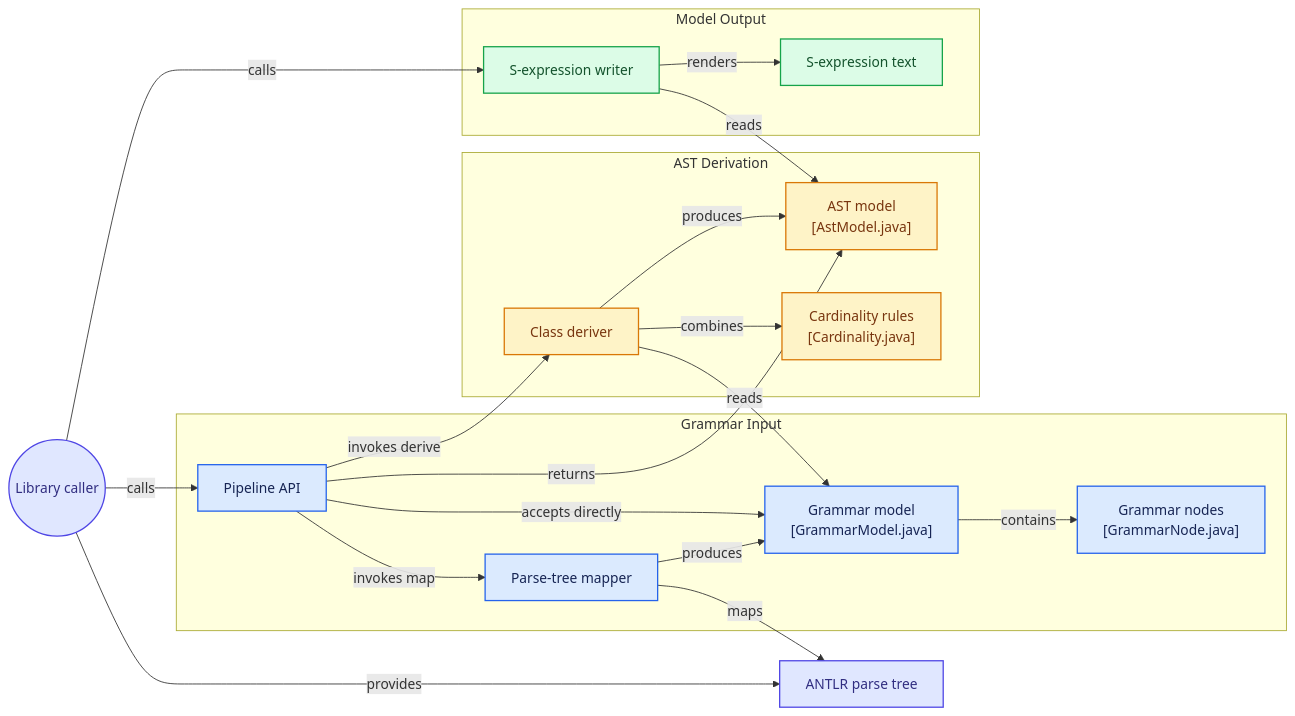
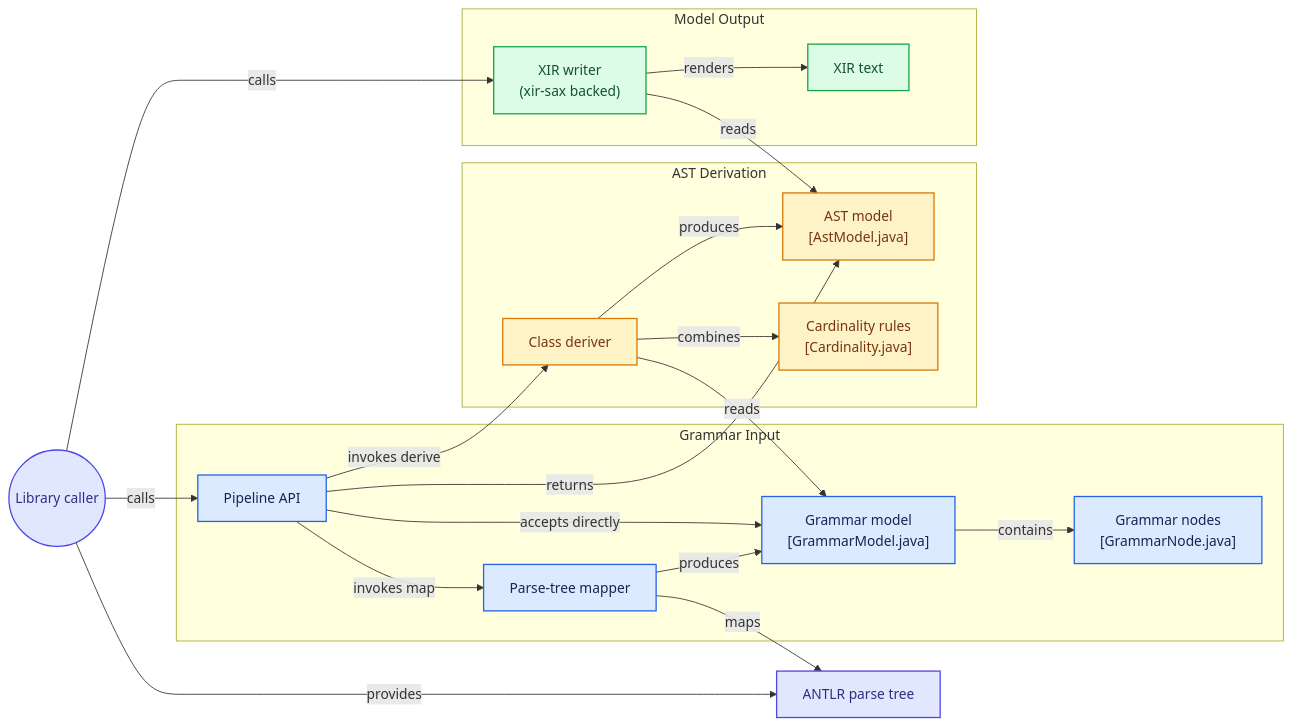
The diagram in ARCHITECTURE.md (jurgenei/xir-g4), drawn with Mermaid before and after one commit. The commit also changed 6 other files, not shown here.

Commit message:
rename sexpr to xir, make use of generic XirSerializer

````diff
--- a/ARCHITECTURE.md
+++ b/ARCHITECTURE.md
@@ -3,61 +3,61 @@
 ```mermaid
 flowchart LR
 
 subgraph group_input["Grammar Input"]
   node_pipeline["Pipeline API"]
   node_mapper["Parse-tree mapper"]
   node_grammar_model["Grammar model<br/>[GrammarModel.java]"]
   node_grammar_nodes["Grammar nodes<br/>[GrammarNode.java]"]
 end
 
 subgraph group_derive["AST Derivation"]
   node_deriver["Class deriver"]
   node_cardinality["Cardinality rules<br/>[Cardinality.java]"]
   node_ast_model["AST model<br/>[AstModel.java]"]
 end
 
 subgraph group_output["Model Output"]
-  node_writer["S-expression writer"]
-  node_sexpr["S-expression text"]
+  node_writer["XIR writer<br/>(xir-sax backed)"]
+  node_xir["XIR text"]
 end
 
 node_user(("Library caller"))
 node_parse_tree["ANTLR parse tree"]
 
 node_user -->|"provides"| node_parse_tree
 node_user -->|"calls"| node_pipeline
 node_pipeline -->|"invokes map"| node_mapper
 node_mapper -->|"maps"| node_parse_tree
 node_mapper -->|"produces"| node_grammar_model
 node_pipeline -->|"accepts directly"| node_grammar_model
 node_grammar_model -->|"contains"| node_grammar_nodes
 node_deriver -->|"reads"| node_grammar_model
 node_deriver -->|"combines"| node_cardinality
 node_deriver -->|"produces"| node_ast_model
 node_pipeline -->|"returns"| node_ast_model
 node_pipeline -->|"invokes derive"| node_deriver
 node_user -->|"calls"| node_writer
 node_writer -->|"reads"| node_ast_model
-node_writer -->|"renders"| node_sexpr
+node_writer -->|"renders"| node_xir
 
 click node_pipeline "https://github.com/jurgenei/xir-g4/blob/main/src/main/java/name/jurgenei/ast/core/AstClassesPipeline.java"
 click node_mapper "https://github.com/jurgenei/xir-g4/blob/main/src/main/java/name/jurgenei/ast/core/mapper/ParseTreeToGrammarModelMapper.java"
 click node_grammar_model "https://github.com/jurgenei/xir-g4/blob/main/src/main/java/name/jurgenei/ast/core/model/GrammarModel.java"
 click node_grammar_nodes "https://github.com/jurgenei/xir-g4/blob/main/src/main/java/name/jurgenei/ast/core/model/GrammarNode.java"
 click node_deriver "https://github.com/jurgenei/xir-g4/blob/main/src/main/java/name/jurgenei/ast/core/AstClassDeriver.java"
 click node_cardinality "https://github.com/jurgenei/xir-g4/blob/main/src/main/java/name/jurgenei/ast/core/model/Cardinality.java"
 click node_ast_model "https://github.com/jurgenei/xir-g4/blob/main/src/main/java/name/jurgenei/ast/core/model/AstModel.java"
-click node_writer "https://github.com/jurgenei/xir-g4/blob/main/src/main/java/name/jurgenei/ast/core/AstSexprWriter.java"
+click node_writer "https://github.com/jurgenei/xir-g4/blob/main/src/main/java/name/jurgenei/ast/core/AstXirWriter.java"
 
 classDef toneNeutral fill:#f8fafc,stroke:#334155,stroke-width:1.5px,color:#0f172a
 classDef toneBlue fill:#dbeafe,stroke:#2563eb,stroke-width:1.5px,color:#172554
 classDef toneAmber fill:#fef3c7,stroke:#d97706,stroke-width:1.5px,color:#78350f
 classDef toneMint fill:#dcfce7,stroke:#16a34a,stroke-width:1.5px,color:#14532d
 classDef toneRose fill:#ffe4e6,stroke:#e11d48,stroke-width:1.5px,color:#881337
 classDef toneIndigo fill:#e0e7ff,stroke:#4f46e5,stroke-width:1.5px,color:#312e81
 classDef toneTeal fill:#ccfbf1,stroke:#0f766e,stroke-width:1.5px,color:#134e4a
 class node_pipeline,node_mapper,node_grammar_model,node_grammar_nodes toneBlue
 class node_deriver,node_cardinality,node_ast_model toneAmber
-class node_writer,node_sexpr toneMint
+class node_writer,node_xir toneMint
 class node_user,node_parse_tree toneIndigo
 ```
````
